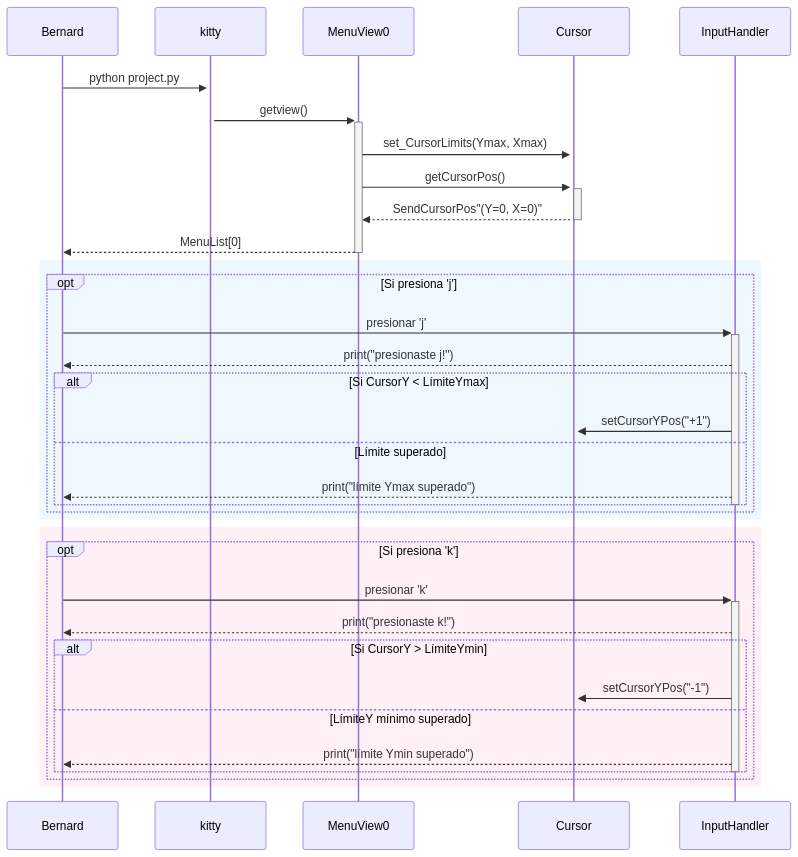
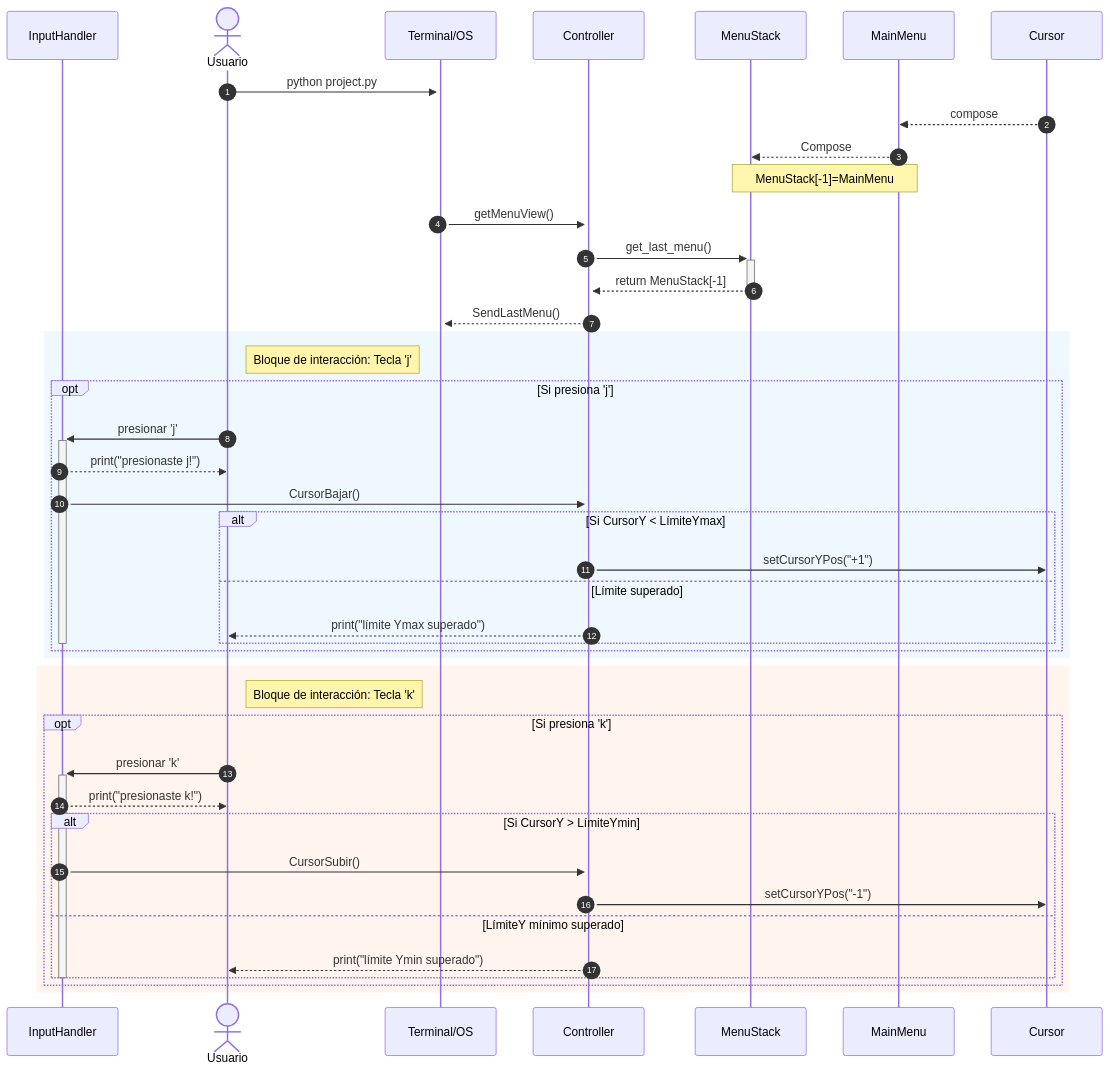
One commit to MarcosBernardC/ohm-tui changed the second of 2 diagrams in README.md. Above: the diagram before and after it, drawn with Mermaid.

Commit message:
docs(readme): actualizar diagrama de secuencia con la nueva arquitectura MVC y Controller

````diff
--- a/README.md
+++ b/README.md
@@ -28,35 +28,54 @@
 ```mermaid
 sequenceDiagram
+autonumber
+   participant InputHandler
+   actor Bernard as Usuario
+   participant kitty as Terminal/OS
+   participant Controller
+   participant MenuStack
+   participant MainMenu
+   participant Cursor
+   
+
    Bernard->>+kitty: python project.py
-   kitty->>+MenuView0: getview()
-   MenuView0->>+Cursor: set_CursorLimits(Ymax, Xmax)
-   MenuView0->>+Cursor: getCursorPos()
-   Cursor-->>-MenuView0: SendCursorPos"(Y=0, X=0)"
-   MenuView0-->>-Bernard: MenuList[0]
-   
+
+   Cursor-->>MainMenu: compose
+   MainMenu-->>MenuStack: Compose
+   Note over MenuStack, MainMenu: MenuStack[-1]=MainMenu
+   kitty->>+Controller:  getMenuView()
+
+   Controller->>+MenuStack: get_last_menu()
+   MenuStack-->>-Controller:  return MenuStack[-1]
+
+   Controller-->>kitty: SendLastMenu()
+
    rect rgb(240, 248, 255)
+   Note right of Bernard: Bloque de interacción: Tecla 'j'
    opt Si presiona 'j'
       Bernard->>+InputHandler: presionar 'j'
       InputHandler-->>Bernard: print("presionaste j!")
+      InputHandler->>Controller: CursorBajar()
       alt Si CursorY < LímiteYmax
-         InputHandler->>Cursor: setCursorYPos("+1")
+         Controller->>Cursor: setCursorYPos("+1")
       else Límite superado
-         InputHandler-->>Bernard: print("límite Ymax superado")
+         Controller-->>Bernard: print("límite Ymax superado")
       end
       deactivate InputHandler
    end
    end
 
-   rect rgb(255, 240, 245)
+   rect rgb(255, 245, 238)
+   Note right of Bernard: Bloque de interacción: Tecla 'k'
    opt Si presiona 'k'
       Bernard->>+InputHandler: presionar 'k'
       InputHandler-->>Bernard: print("presionaste k!")
       alt Si CursorY > LímiteYmin
-         InputHandler->>Cursor: setCursorYPos("-1")
+         InputHandler->>Controller: CursorSubir()
+         Controller->>Cursor: setCursorYPos("-1")
       else LímiteY mínimo superado
-         InputHandler-->>Bernard: print("límite Ymin superado")
+         Controller-->>Bernard: print("límite Ymin superado")
       end
       deactivate InputHandler
    end
    end
 ```
````
